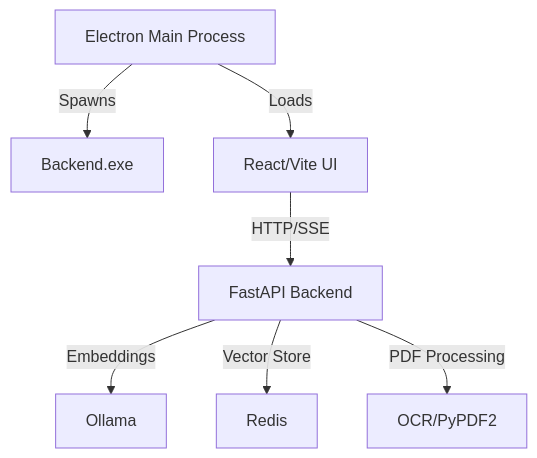
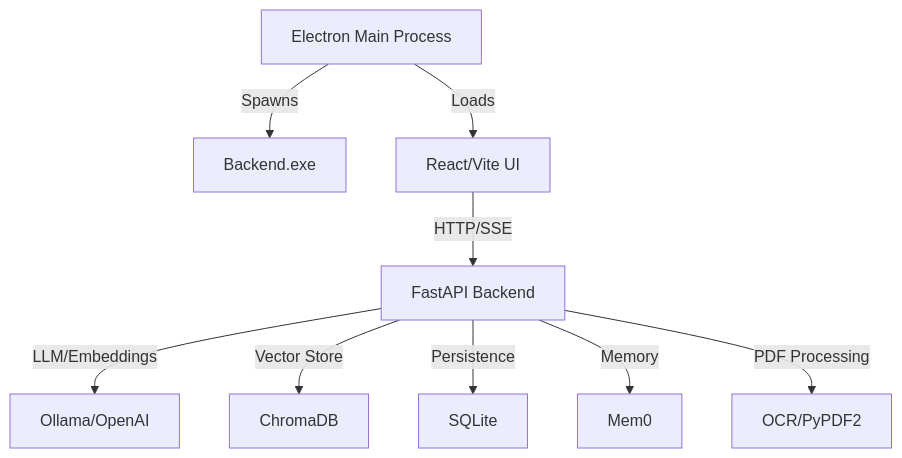
One commit to janega/ElectronAIChat changed the diagram in .github/copilot-instructions.md. Above: the diagram before and after it, drawn with Mermaid. The commit also changed other lines of this file and 1 other file, not shown here.

````diff
--- a/.github/copilot-instructions.md
+++ b/.github/copilot-instructions.md
@@ -8,9 +8,11 @@
 ```mermaid
 graph TB
     A[Electron Main Process] -->|Spawns| B[Backend.exe]
     A -->|Loads| C[React/Vite UI]
     C -->|HTTP/SSE| D[FastAPI Backend]
-    D -->|Embeddings| E[Ollama]
-    D -->|Vector Store| F[Redis]
-    D -->|PDF Processing| G[OCR/PyPDF2]
+    D -->|LLM/Embeddings| E[Ollama/OpenAI]
+    D -->|Vector Store| F[ChromaDB]
+    D -->|Persistence| G[SQLite]
+    D -->|Memory| H[Mem0]
+    D -->|PDF Processing| I[OCR/PyPDF2]
 ```
````
